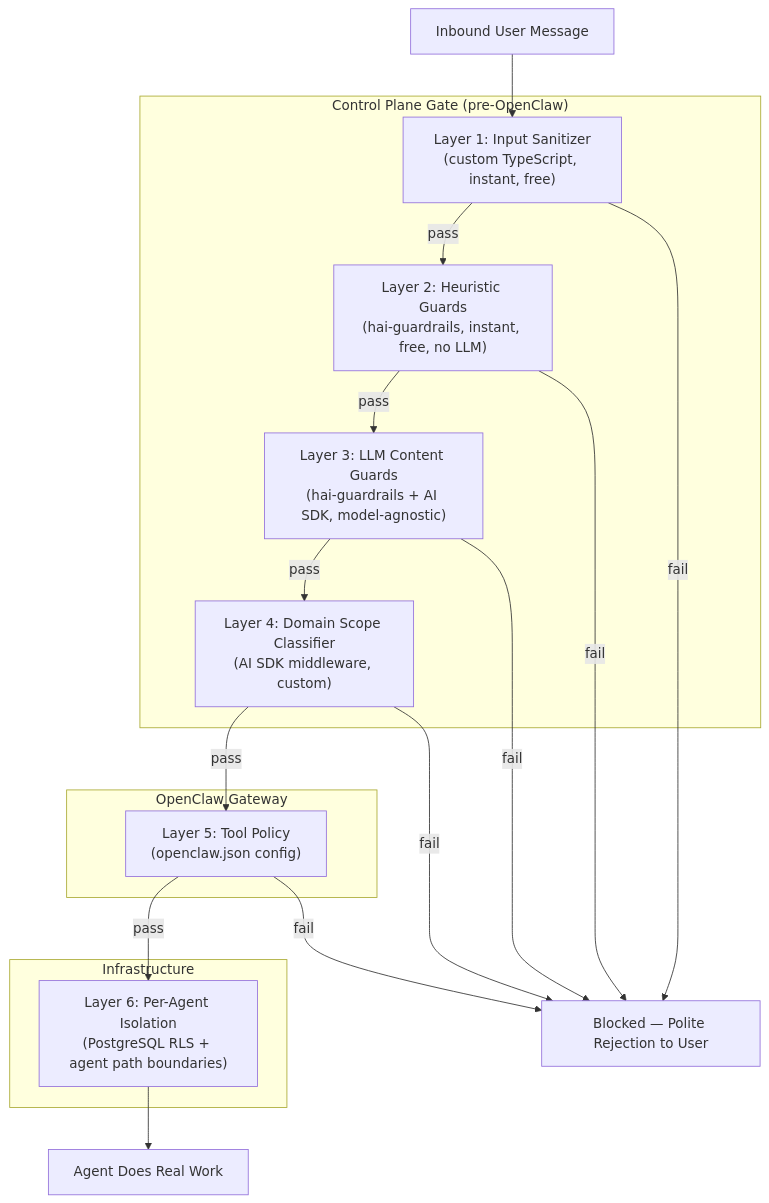
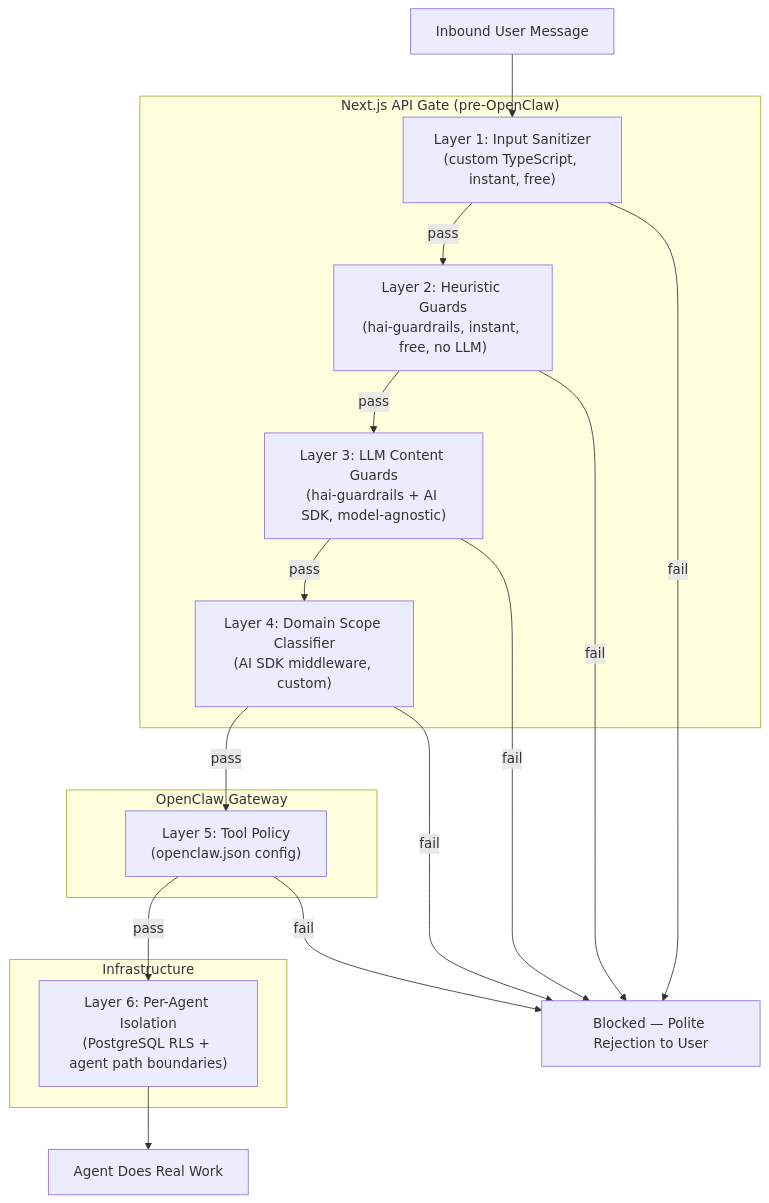
One commit to 1qh/claw changed the first of 2 diagrams in brainstorm/architecture/security.md. Above: the diagram before and after it, drawn with Mermaid. The commit also changed 181 other files, not shown here.

````diff
--- a/brainstorm/architecture/security.md
+++ b/brainstorm/architecture/security.md
@@ -9,33 +9,33 @@
 ```mermaid
 flowchart TD
     MSG[Inbound User Message] --> L1
 
-    subgraph "Control Plane Gate (pre-OpenClaw)"
+    subgraph "Next.js API Gate (pre-OpenClaw)"
         L1["Layer 1: Input Sanitizer\n(custom TypeScript, instant, free)"]
         L2["Layer 2: Heuristic Guards\n(hai-guardrails, instant, free, no LLM)"]
         L3["Layer 3: LLM Content Guards\n(hai-guardrails + AI SDK, model-agnostic)"]
         L4["Layer 4: Domain Scope Classifier\n(AI SDK middleware, custom)"]
     end
 
     subgraph "OpenClaw Gateway"
         L5["Layer 5: Tool Policy\n(openclaw.json config)"]
     end
 
     subgraph "Infrastructure"
         L6["Layer 6: Per-Agent Isolation\n(PostgreSQL RLS + agent path boundaries)"]
     end
 
     L1 -->|pass| L2
     L1 -->|"fail"| BLOCK
     L2 -->|pass| L3
     L2 -->|"fail"| BLOCK
     L3 -->|pass| L4
     L3 -->|"fail"| BLOCK
     L4 -->|pass| L5
     L4 -->|"fail"| BLOCK
     L5 -->|pass| L6
     L5 -->|"fail"| BLOCK
     L6 --> WORK[Agent Does Real Work]
 
     BLOCK[Blocked — Polite Rejection to User]
 ```
````
